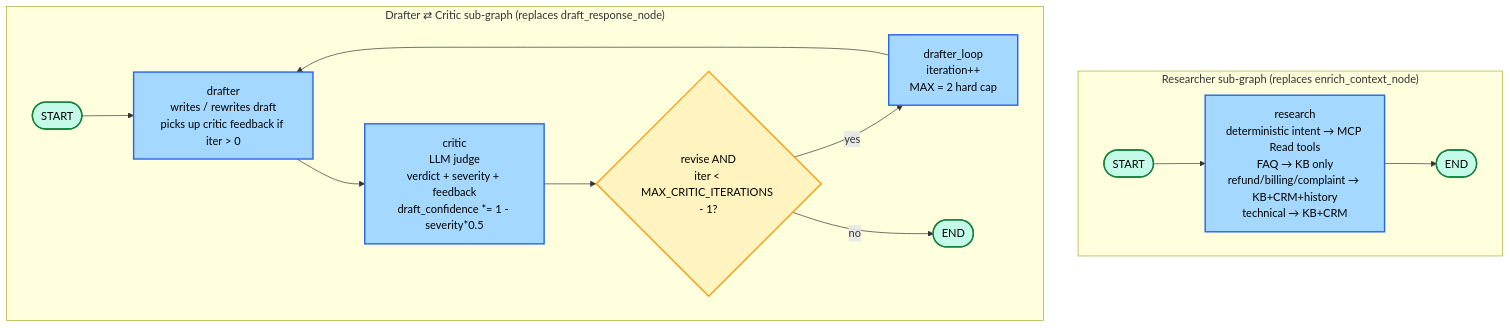
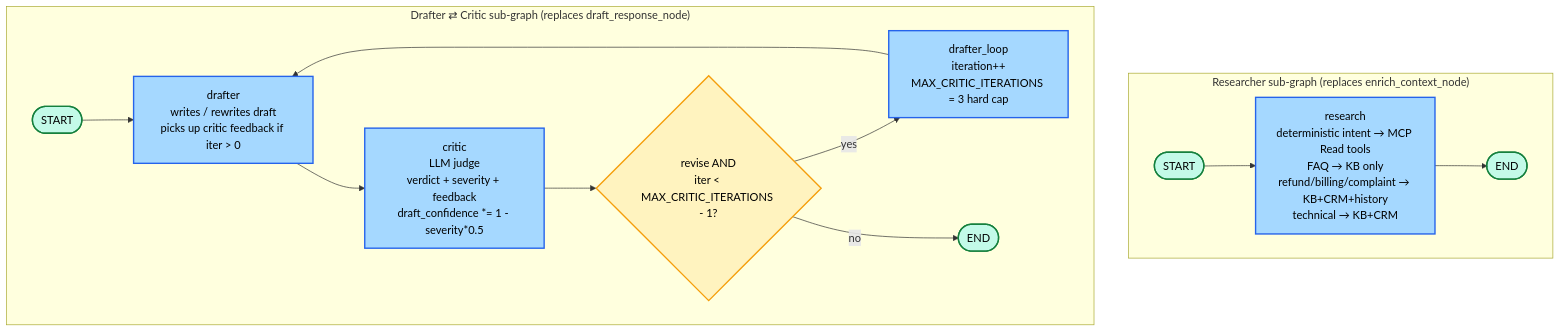
One commit to Ranjith36963/hitl-support-agent changed the fifth of 5 diagrams in docs/architecture.md. Above: the diagram before and after it, drawn with Mermaid. The commit also changed other lines of this file and 9 other files, not shown here.

````diff
--- a/docs/architecture.md
+++ b/docs/architecture.md
@@ -452,25 +468,25 @@
 ```mermaid
 flowchart TD
     subgraph Researcher["Researcher sub-graph (replaces enrich_context_node)"]
         RS([START]):::terminal
         RNode[research<br/>deterministic intent → MCP Read tools<br/>FAQ → KB only<br/>refund/billing/complaint → KB+CRM+history<br/>technical → KB+CRM]:::node
         RE([END]):::terminal
         RS --> RNode --> RE
     end
 
     subgraph Drafter["Drafter ⇄ Critic sub-graph (replaces draft_response_node)"]
         DS([START]):::terminal
         DNode[drafter<br/>writes / rewrites draft<br/>picks up critic feedback if iter > 0]:::node
         CNode[critic<br/>LLM judge<br/>verdict + severity + feedback<br/>draft_confidence *= 1 - severity*0.5]:::node
         Route{revise AND<br/>iter &lt; MAX_CRITIC_ITERATIONS - 1?}:::decision
-        Loop[drafter_loop<br/>iteration++<br/>MAX = 2 hard cap]:::node
+        Loop[drafter_loop<br/>iteration++<br/>MAX_CRITIC_ITERATIONS = 3 hard cap]:::node
         DE([END]):::terminal
         DS --> DNode --> CNode --> Route
         Route -->|yes| Loop --> DNode
         Route -->|no| DE
     end
 
     classDef node fill:#a5d8ff,stroke:#2563eb,stroke-width:2px,color:#000
     classDef decision fill:#fff3bf,stroke:#f59e0b,stroke-width:2px,color:#000
     classDef terminal fill:#c3fae8,stroke:#15803d,stroke-width:2px,color:#000
 ```
````
